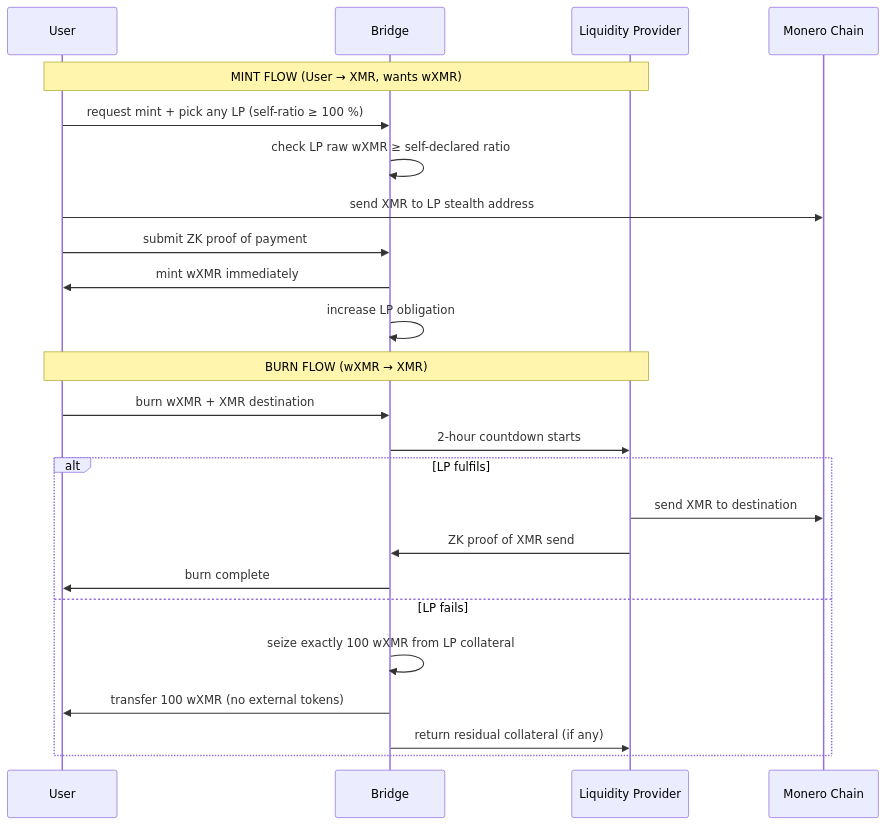
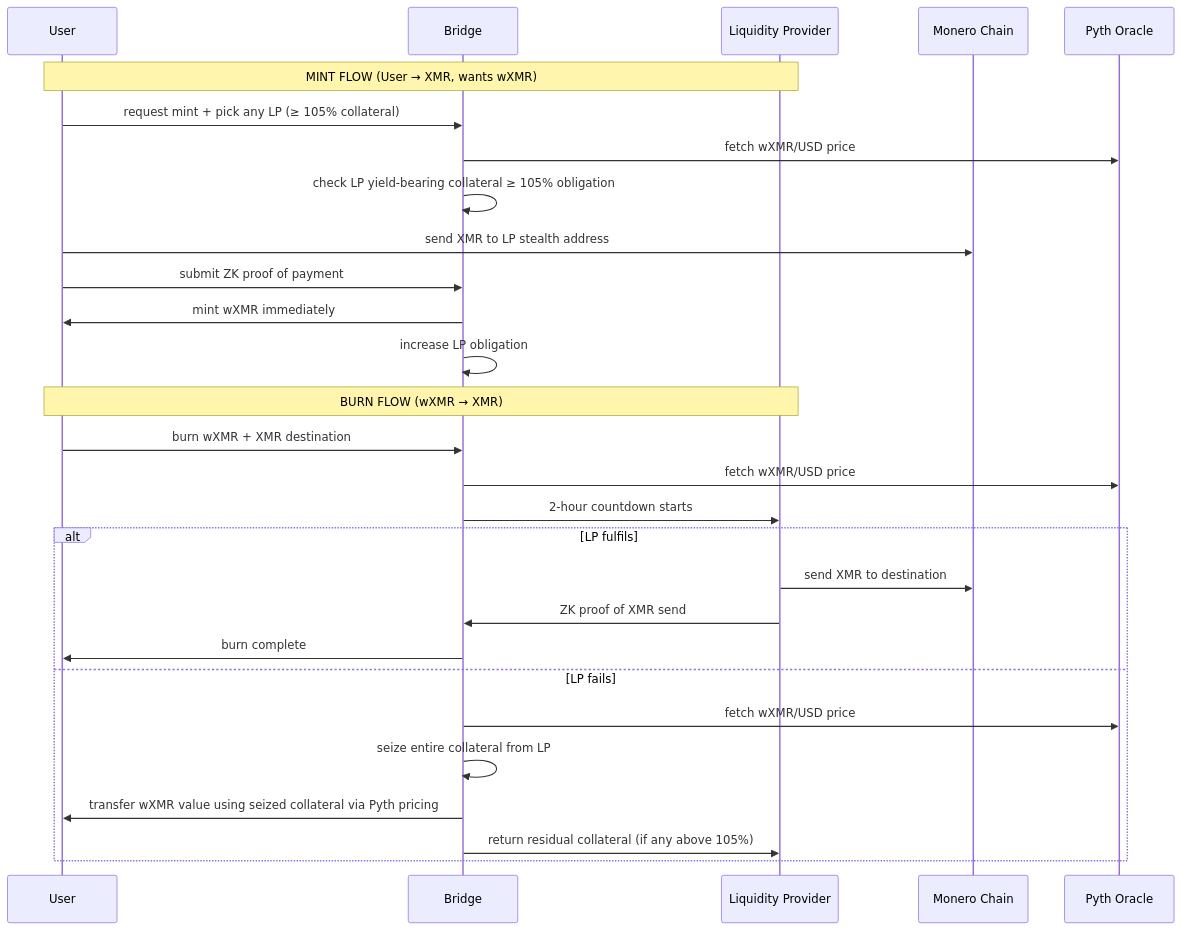
The diagram in SYNTHWRAP.md (madschristensen99/fungerbil), drawn with Mermaid before and after one commit. The commit also changed other lines of this file and 1 other file, not shown here.

First line of the commit message:
Update SYNTHWRAP model: USX yield-bearing collateral and features

````diff
--- a/SYNTHWRAP.md
+++ b/SYNTHWRAP.md
@@ -55,28 +59,32 @@
 ```mermaid
 sequenceDiagram
   participant U as User
   participant B as Bridge
   participant L as Liquidity Provider
   participant X as Monero Chain
+  participant P as Pyth Oracle
 
   Note over U,L: MINT FLOW (User → XMR, wants wXMR)
-  U->>B: request mint + pick any LP (self-ratio ≥ 100 %)
-  B->>B: check LP raw wXMR ≥ self-declared ratio
+  U->>B: request mint + pick any LP (≥ 105% collateral)
+  B->>P: fetch wXMR/USD price
+  B->>B: check LP yield-bearing collateral ≥ 105% obligation
   U->>X: send XMR to LP stealth address
   U->>B: submit ZK proof of payment
   B->>U: mint wXMR immediately
   B->>B: increase LP obligation
 
   Note over U,L: BURN FLOW (wXMR → XMR)
   U->>B: burn wXMR + XMR destination
+  B->>P: fetch wXMR/USD price
   B->>L: 2-hour countdown starts
   alt LP fulfils
     L->>X: send XMR to destination
     L->>B: ZK proof of XMR send
     B->>U: burn complete
   else LP fails
-    B->>B: seize exactly 100 wXMR from LP collateral
-    B->>U: transfer 100 wXMR (no external tokens)
-    B->>L: return residual collateral (if any)
+    B->>P: fetch wXMR/USD price
+    B->>B: seize entire collateral from LP
+    B->>U: transfer wXMR value using seized collateral via Pyth pricing
+    B->>L: return residual collateral (if any above 105%)
   end
 ```
````
